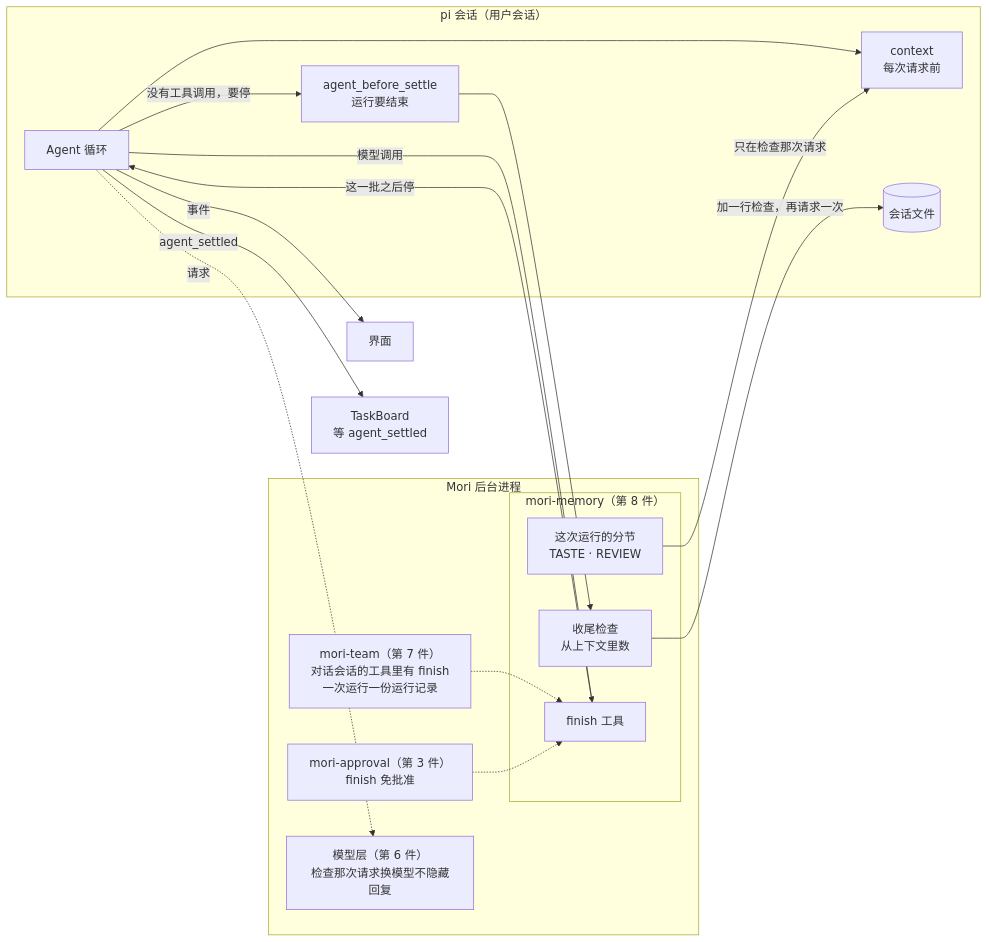
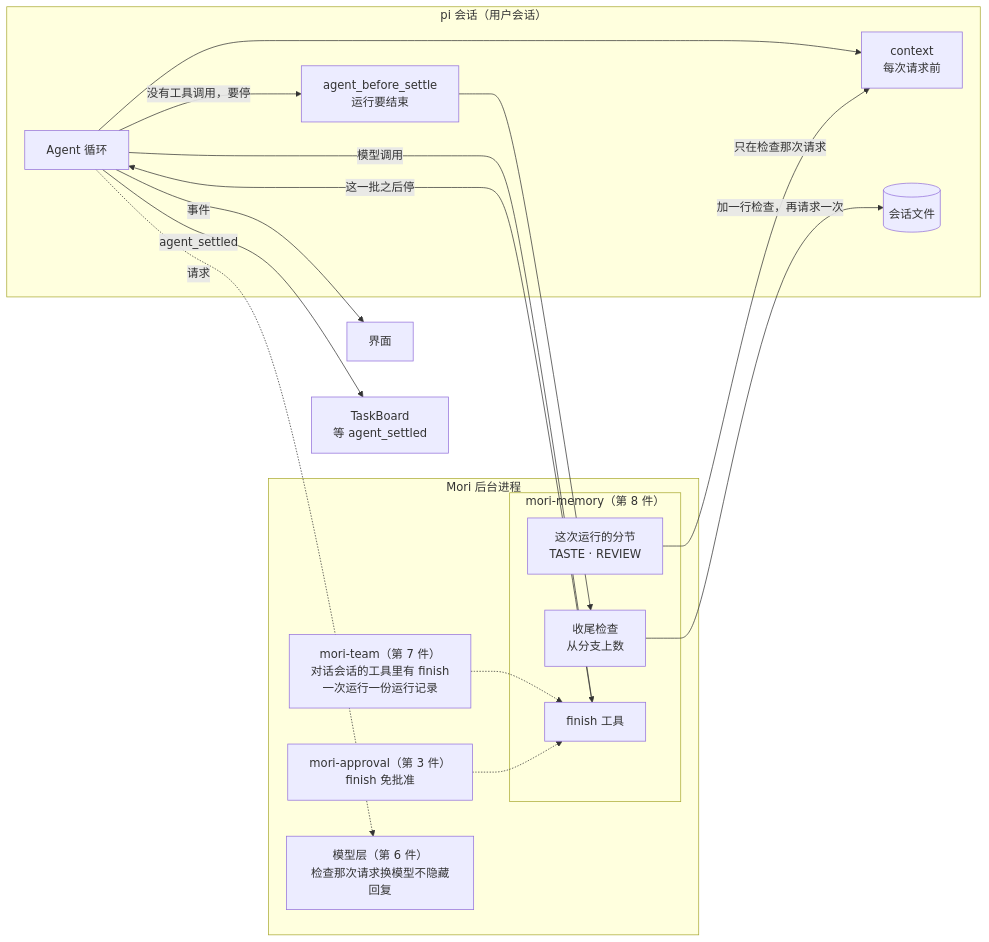
The first of 3 diagrams in docs/proposals/finish-check.md (HoldThatThgt/mori), drawn with Mermaid before and after one commit. The commit also changed other lines of this file and 2 other files, not shown here.

````diff
--- a/docs/proposals/finish-check.md
+++ b/docs/proposals/finish-check.md
@@ -33,33 +34,33 @@
 ```mermaid
 flowchart LR
     subgraph PI[pi 会话（用户会话）]
         LOOP[Agent 循环]
         BS[agent_before_settle<br/>运行要结束]
         CTX[context<br/>每次请求前]
         SF[(会话文件)]
     end
     subgraph K[Mori 后台进程]
         subgraph MEM[mori-memory（第 8 件）]
             SEC[这次运行的分节<br/>TASTE · REVIEW]
-            CHK[收尾检查<br/>从上下文里数]
+            CHK[收尾检查<br/>从分支上数]
             FIN[finish 工具]
         end
         MT[mori-team（第 7 件）<br/>对话会话的工具里有 finish<br/>一次运行一份运行记录]
         MA[mori-approval（第 3 件）<br/>finish 免批准]
         ML[模型层（第 6 件）<br/>检查那次请求换模型不隐藏回复]
     end
     UI[界面]
     TB[TaskBoard<br/>等 agent_settled]
     LOOP -->|没有工具调用，要停| BS
     BS --> CHK
     CHK -->|加一行检查，再请求一次| SF
     LOOP --> CTX
     SEC -->|只在检查那次请求| CTX
     LOOP -->|模型调用| FIN
     FIN -->|这一批之后停| LOOP
     MT -.-> FIN
     MA -.-> FIN
     LOOP -.->|请求| ML
     LOOP -->|agent_settled| TB
     LOOP -->|事件| UI
 ```
````
